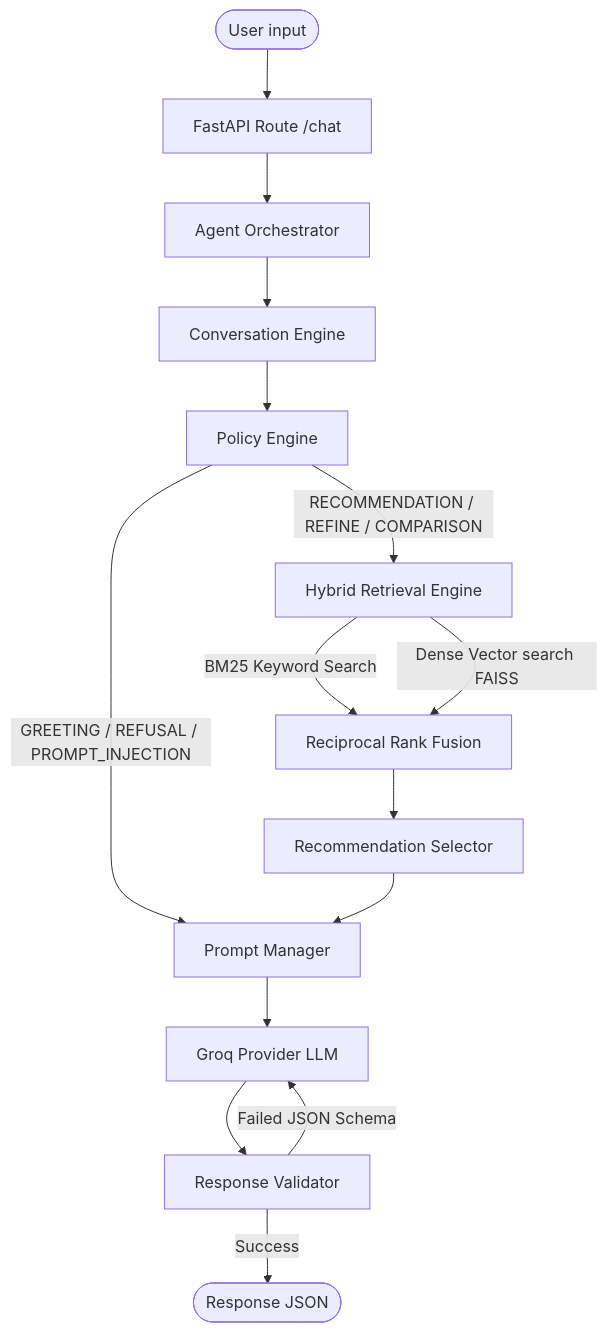
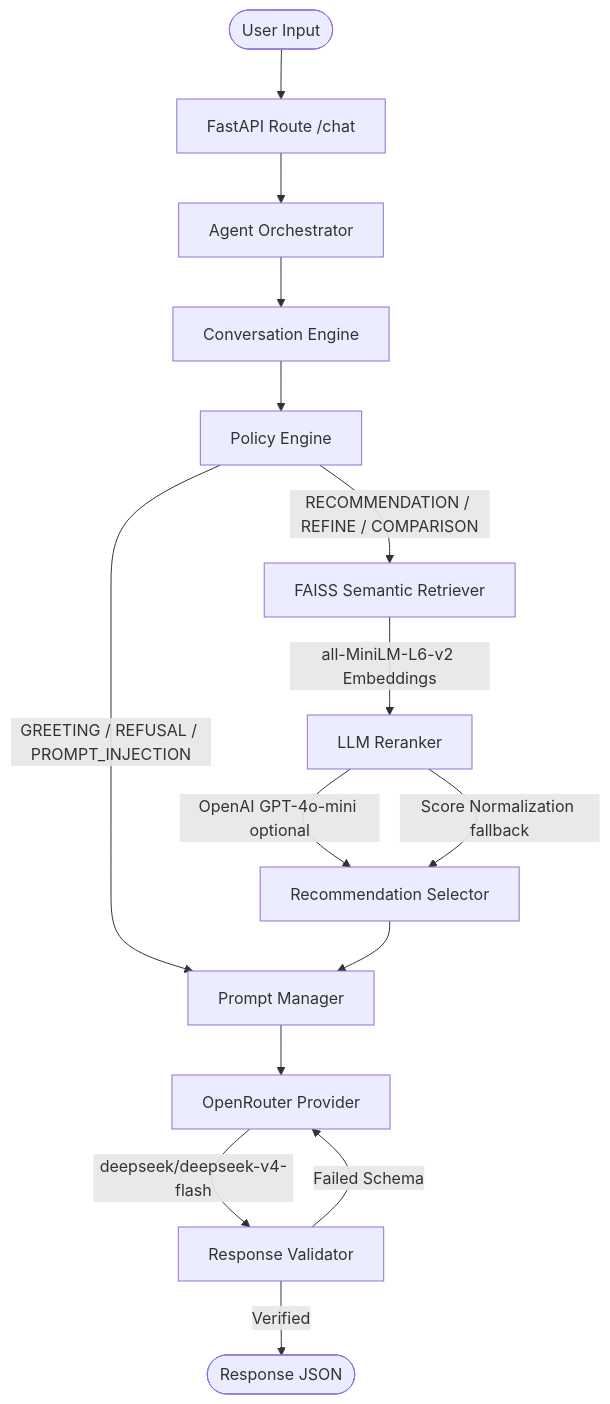
The diagram in README.md (Sanchay-3011/shl-assessment-recommender), drawn with Mermaid before and after one commit. The commit also changed other lines of this file, not shown here.

Commit message:
Update README: OpenRouter architecture, FAISS retrieval, updated eval scores (Recall@10 88.89%, MRR 0.8889)

````diff
--- a/README.md
+++ b/README.md
@@ -11,21 +11,22 @@
 ```mermaid
 graph TD
-    User([User input]) --> FastAPI[FastAPI Route /chat]
+    User([User Input]) --> FastAPI[FastAPI Route /chat]
     FastAPI --> Orchestrator[Agent Orchestrator]
+
     Orchestrator --> Engine[Conversation Engine]
     Engine --> Policy[Policy Engine]
-    
+
     Policy -->|GREETING / REFUSAL / PROMPT_INJECTION| PromptMgr[Prompt Manager]
-    Policy -->|RECOMMENDATION / REFINE / COMPARISON| Hybrid[Hybrid Retrieval Engine]
-    
-    Hybrid -->|BM25 Keyword Search| Ranker[Reciprocal Rank Fusion]
-    Hybrid -->|Dense Vector search FAISS| Ranker
-    
-    Ranker --> Selector[Recommendation Selector]
+    Policy -->|RECOMMENDATION / REFINE / COMPARISON| FAISS[FAISS Semantic Retriever]
+
+    FAISS -->|all-MiniLM-L6-v2 Embeddings| Reranker[LLM Reranker]
+    Reranker -->|OpenAI GPT-4o-mini optional| Selector[Recommendation Selector]
+    Reranker -->|Score Normalization fallback| Selector
+
     Selector --> PromptMgr
-    
-    PromptMgr --> LLM[Groq Provider LLM]
-    LLM --> Validator[Response Validator]
-    Validator -->|Success| Response([Response JSON])
-    Validator -->|Failed JSON Schema| LLM
+
+    PromptMgr --> LLM[OpenRouter Provider]
+    LLM -->|deepseek/deepseek-v4-flash| Validator[Response Validator]
+    Validator -->|Verified| Response([Response JSON])
+    Validator -->|Failed Schema| LLM
 ```
````
